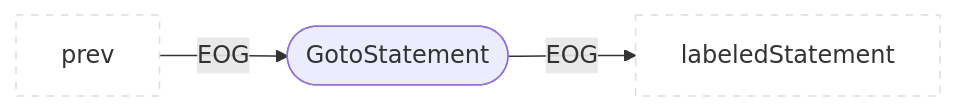
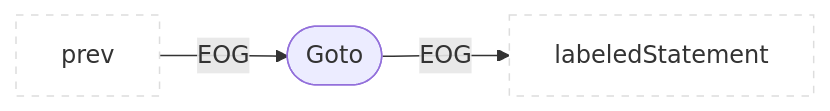
Diagram 25 of 49 in docs/docs/CPG/specs/eog.md (Fraunhofer-AISEC/cpg), drawn with Mermaid before and after one commit. The commit also changed other lines of this file and 99 other files, not shown here.

````diff
--- a/docs/docs/CPG/specs/eog.md
+++ b/docs/docs/CPG/specs/eog.md
@@ -491,6 +491,6 @@
 ```mermaid
 flowchart LR
   classDef outer fill:#fff,stroke:#ddd,stroke-dasharray:5 5;
-  prev:::outer --EOG--> child(["GotoStatement"])
+  prev:::outer --EOG--> child(["Goto"])
   child --EOG--> labeledStatement:::outer
 ```
````
